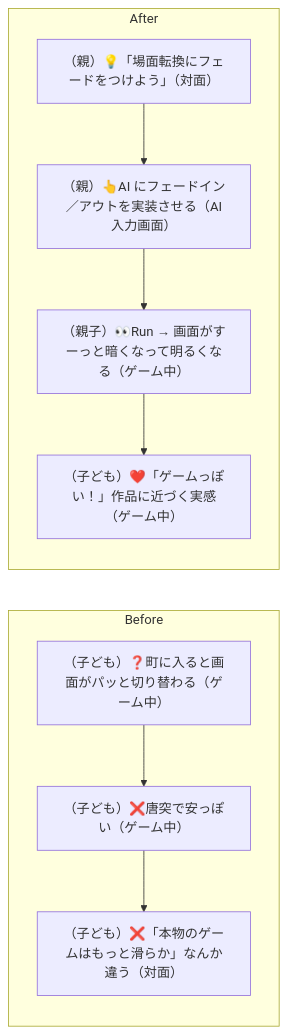
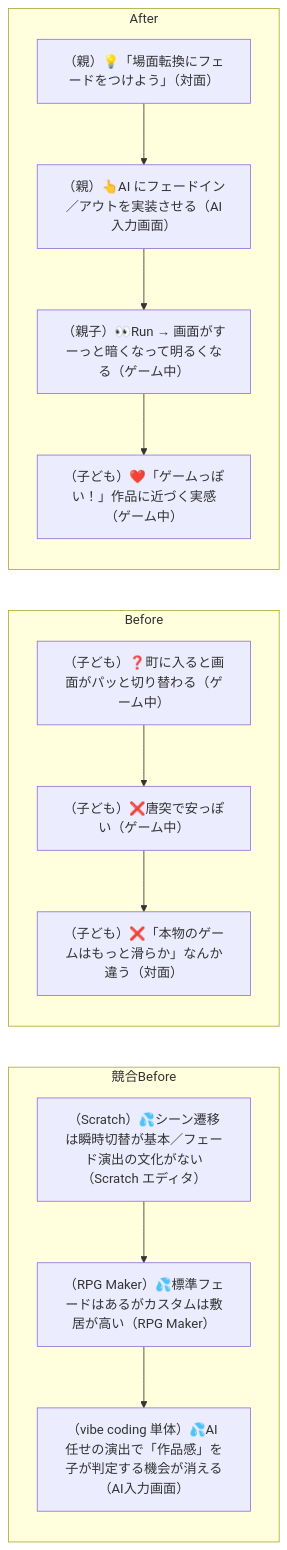
One commit to tatsuro-ueda/code-quest-pyxel changed diagram 20 of 42 in docs/customer-journeys.md. Above: the diagram before and after it, drawn with Mermaid. The commit also changed other lines of this file, not shown here.

````diff
--- a/docs/customer-journeys.md
+++ b/docs/customer-journeys.md
@@ -620,14 +648,19 @@
 ```mermaid
 flowchart LR
+    subgraph Competitor["競合Before"]
+        C1[（Scratch）💦シーン遷移は瞬時切替が基本／フェード演出の文化がない（Scratch エディタ）]
+        C1 --> C2[（RPG Maker）💦標準フェードはあるがカスタムは敷居が高い（RPG Maker）]
+        C2 --> C3[（vibe coding 単体）💦AI 任せの演出で「作品感」を子が判定する機会が消える（AI入力画面）]
+    end
     subgraph Before["Before"]
         B1[（子ども）❓町に入ると画面がパッと切り替わる（ゲーム中）]
         B1 --> B2[（子ども）❌唐突で安っぽい（ゲーム中）]
         B2 --> B3[（子ども）❌「本物のゲームはもっと滑らか」なんか違う（対面）]
     end
     subgraph After["After"]
         A1[（親）💡「場面転換にフェードをつけよう」（対面）]
         A1 --> A2[（親）👆AI にフェードイン／アウトを実装させる（AI入力画面）]
         A2 --> A3[（親子）👀Run → 画面がすーっと暗くなって明るくなる（ゲーム中）]
         A3 --> A4[（子ども）❤️「ゲームっぽい！」作品に近づく実感（ゲーム中）]
     end
 ```
````
